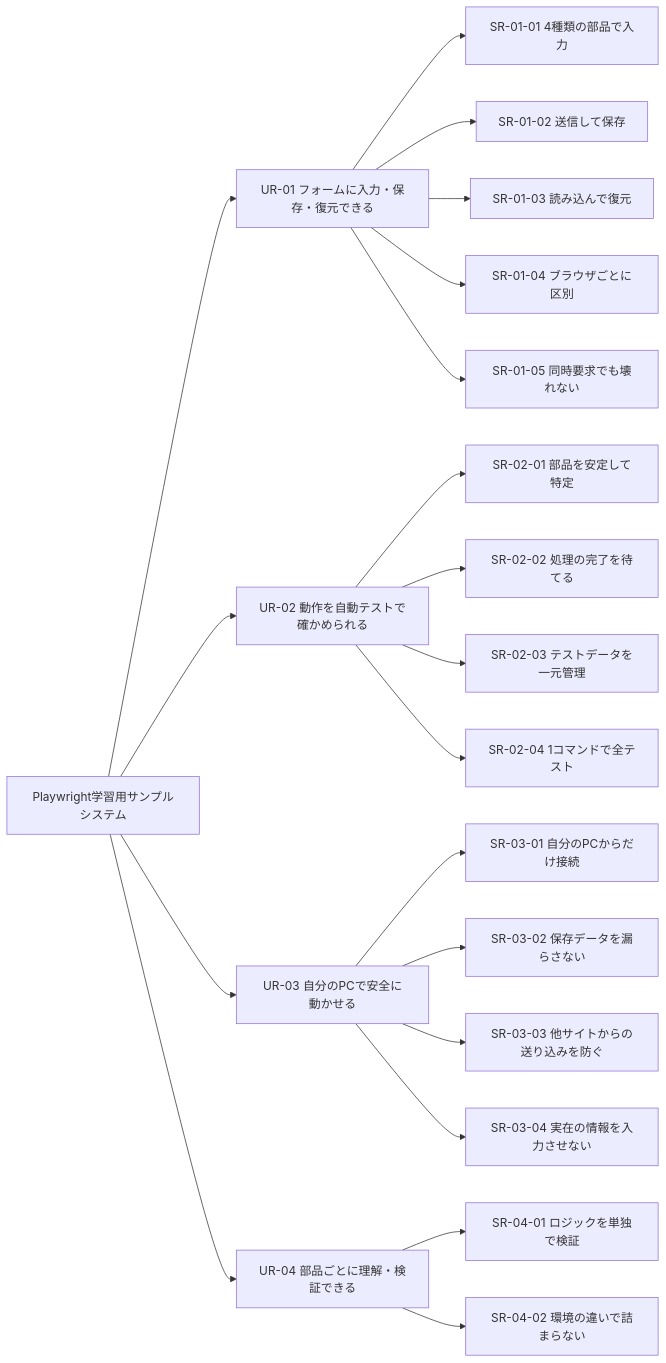
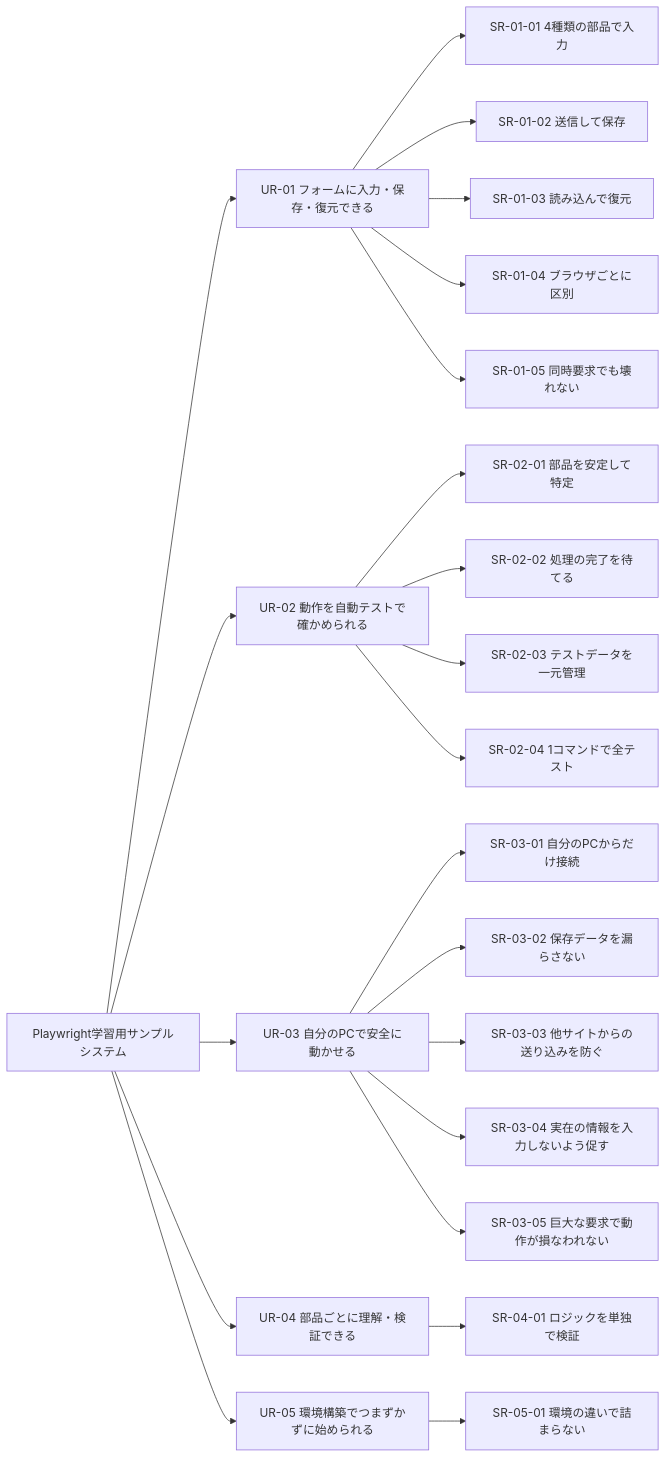
Before and after one commit to SanghunIm1991/learn-playwright-dotnet: the diagram in docs/learning_samples/usdm_system_design/01_system_requirements_usdm.md, drawn with Mermaid. The commit also changed other lines of this file and 2 other files, not shown here.

````diff
--- a/docs/learning_samples/usdm_system_design/01_system_requirements_usdm.md
+++ b/docs/learning_samples/usdm_system_design/01_system_requirements_usdm.md
@@ -34,23 +34,25 @@
 ```mermaid
 flowchart LR
     SYS["Playwright学習用サンプルシステム"]
     SYS --> UR01["UR-01 フォームに入力・保存・復元できる"]
     SYS --> UR02["UR-02 動作を自動テストで確かめられる"]
     SYS --> UR03["UR-03 自分のPCで安全に動かせる"]
     SYS --> UR04["UR-04 部品ごとに理解・検証できる"]
+    SYS --> UR05["UR-05 環境構築でつまずかずに始められる"]
     UR01 --> SR0101["SR-01-01 4種類の部品で入力"]
     UR01 --> SR0102["SR-01-02 送信して保存"]
     UR01 --> SR0103["SR-01-03 読み込んで復元"]
     UR01 --> SR0104["SR-01-04 ブラウザごとに区別"]
     UR01 --> SR0105["SR-01-05 同時要求でも壊れない"]
     UR02 --> SR0201["SR-02-01 部品を安定して特定"]
     UR02 --> SR0202["SR-02-02 処理の完了を待てる"]
     UR02 --> SR0203["SR-02-03 テストデータを一元管理"]
     UR02 --> SR0204["SR-02-04 1コマンドで全テスト"]
     UR03 --> SR0301["SR-03-01 自分のPCからだけ接続"]
     UR03 --> SR0302["SR-03-02 保存データを漏らさない"]
     UR03 --> SR0303["SR-03-03 他サイトからの送り込みを防ぐ"]
-    UR03 --> SR0304["SR-03-04 実在の情報を入力させない"]
+    UR03 --> SR0304["SR-03-04 実在の情報を入力しないよう促す"]
+    UR03 --> SR0305["SR-03-05 巨大な要求で動作が損なわれない"]
     UR04 --> SR0401["SR-04-01 ロジックを単独で検証"]
-    UR04 --> SR0402["SR-04-02 環境の違いで詰まらない"]
+    UR05 --> SR0501["SR-05-01 環境の違いで詰まらない"]
 ```
````
